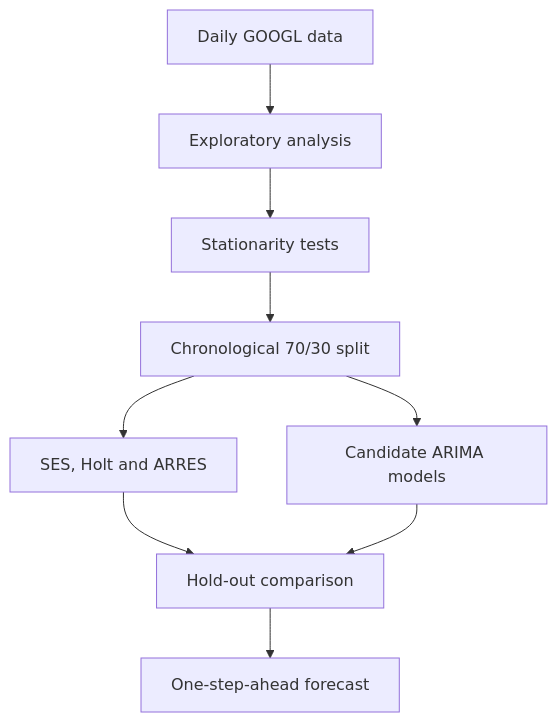
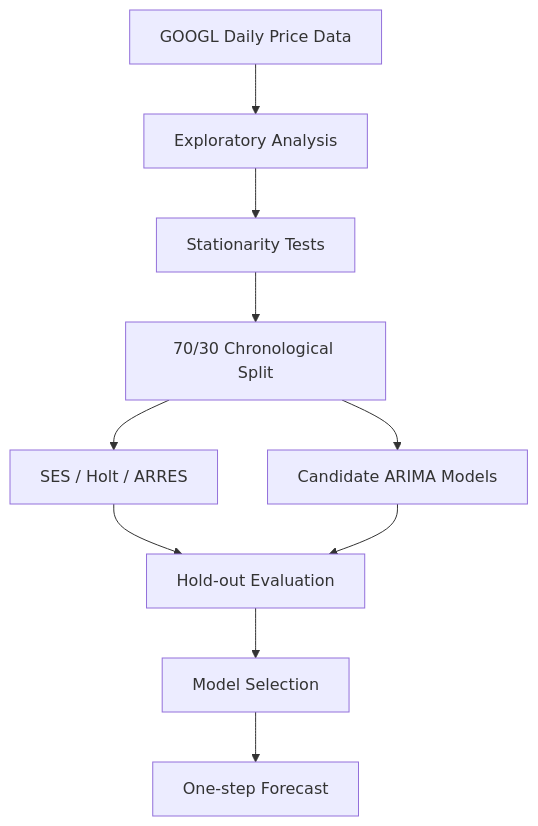
The diagram in README.md (Hilman03/FUTURE-FORECAST-GOOGLE-PRICE-STOCK), drawn with Mermaid before and after one commit. The commit also changed other lines of this file, not shown here.

````diff
--- a/README.md
+++ b/README.md
@@ -33,11 +38,12 @@
 ```mermaid
 flowchart TD
-    A[Daily GOOGL data] --> B[Exploratory analysis]
-    B --> C[Stationarity tests]
-    C --> D[Chronological 70/30 split]
-    D --> E[SES, Holt and ARRES]
-    D --> F[Candidate ARIMA models]
-    E --> G[Hold-out comparison]
+    A[GOOGL Daily Price Data] --> B[Exploratory Analysis]
+    B --> C[Stationarity Tests]
+    C --> D[70/30 Chronological Split]
+    D --> E[SES / Holt / ARRES]
+    D --> F[Candidate ARIMA Models]
+    E --> G[Hold-out Evaluation]
     F --> G
-    G --> H[One-step-ahead forecast]
+    G --> H[Model Selection]
+    H --> I[One-step Forecast]
 ```
````
